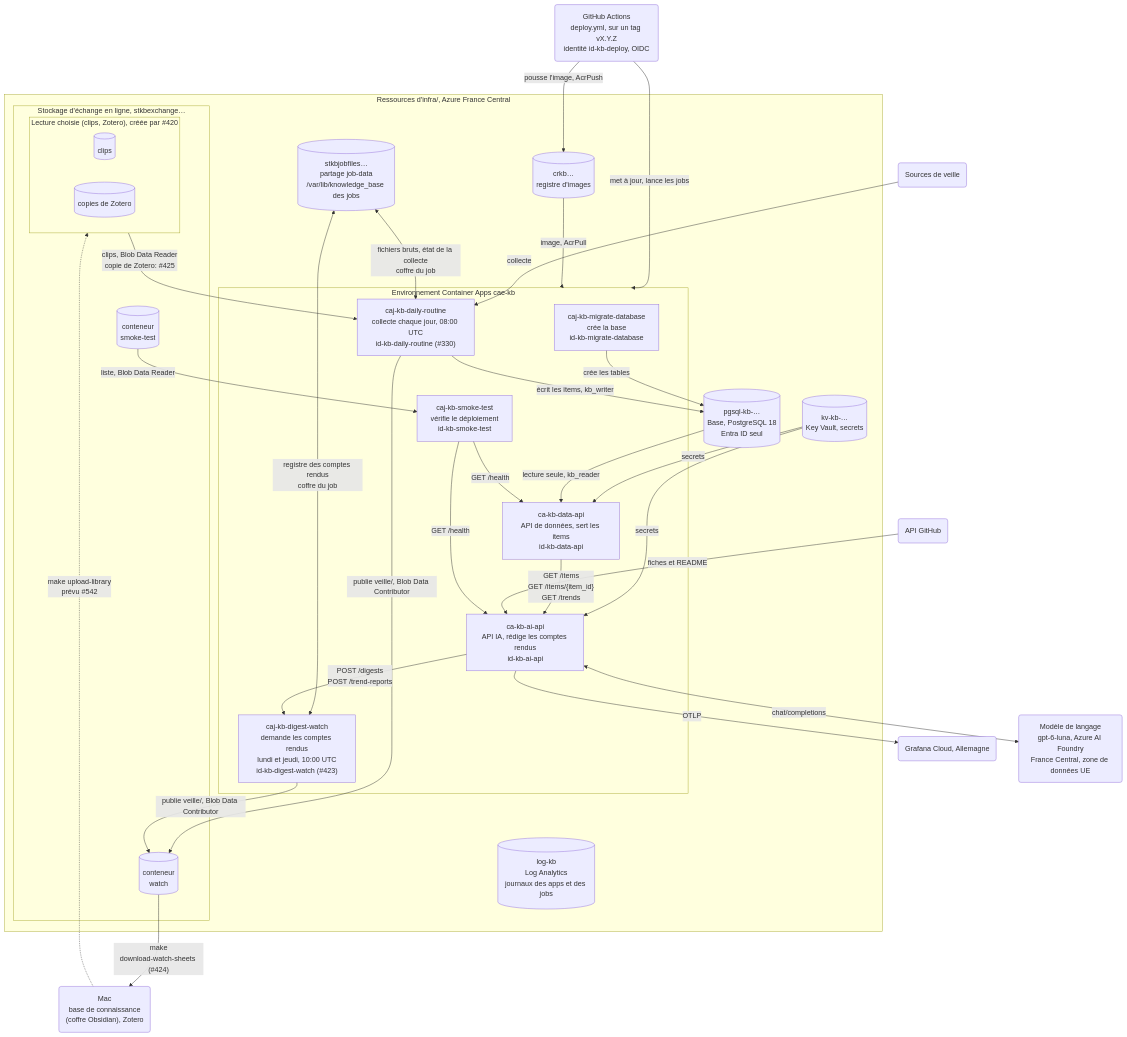
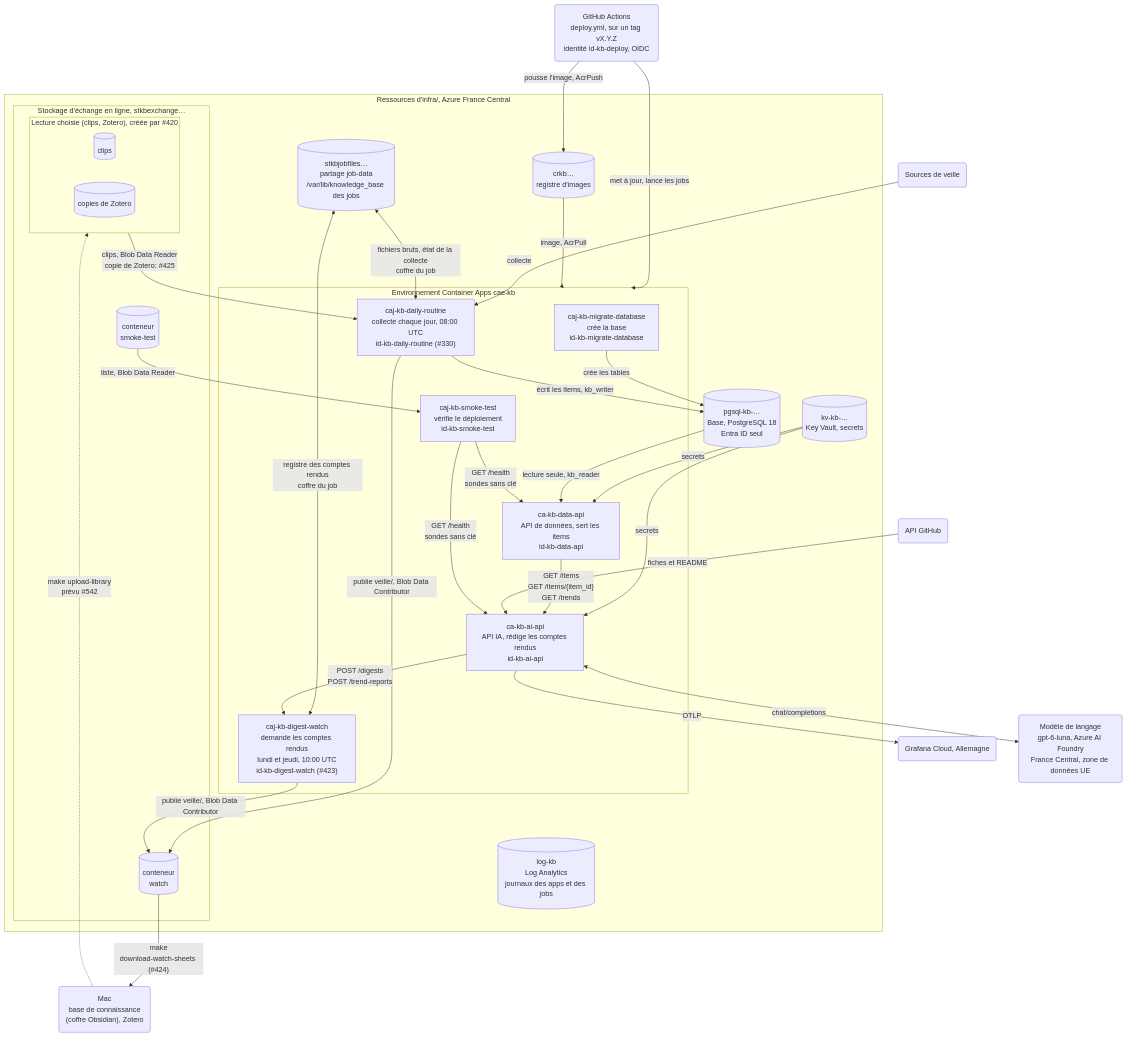
Before and after one commit to SabineLaurent/K-B: the fourth of 4 diagrams in documentation/architecture_pour_docu.md, drawn with Mermaid. The commit also changed 8 other files, not shown here.

Commit message:
fix(jobs): give the probes their own client with the waits of an API awake, so the smoke test stays within its replicaTimeout; name the probes in the diagram and the log lines of /health (review of issue 499)

````diff
--- a/documentation/architecture_pour_docu.md
+++ b/documentation/architecture_pour_docu.md
@@ -398,56 +398,56 @@
 ```mermaid
 flowchart TB
     actions("GitHub Actions<br>deploy.yml, sur un tag vX.Y.Z<br>identité id-kb-deploy, OIDC")
     mac("Mac<br>base de connaissance<br>(coffre Obsidian), Zotero")
     sources("Sources de veille")
     subgraph azure["Ressources d'infra/, Azure France Central"]
         registry[("crkb…<br>registre d'images")]
         keyVault[("kv-kb-…<br>Key Vault, secrets")]
         logs[("log-kb<br>Log Analytics<br>journaux des apps et des jobs")]
         subgraph cae["Environnement Container Apps cae-kb"]
             migrateJob["caj-kb-migrate-database<br>crée la base<br>id-kb-migrate-database"]
             smokeJob["caj-kb-smoke-test<br>vérifie le déploiement<br>id-kb-smoke-test"]
             dataApi["ca-kb-data-api<br>API de données, sert les items<br>id-kb-data-api"]
             aiApi["ca-kb-ai-api<br>API IA, rédige les comptes rendus<br>id-kb-ai-api"]
             dailyJob["caj-kb-daily-routine<br>collecte chaque jour, 08:00 UTC<br>id-kb-daily-routine (#330)"]
             digestJob["caj-kb-digest-watch<br>demande les comptes rendus<br>lundi et jeudi, 10:00 UTC<br>id-kb-digest-watch (#423)"]
         end
         base[("pgsql-kb-…<br>Base, PostgreSQL 18<br>Entra ID seul")]
         subgraph exchange["Stockage d'échange en ligne, stkbexchange…"]
             smokeContainer[("conteneur<br>smoke-test")]
             subgraph choice["Lecture choisie (clips, Zotero), créée par #420"]
                 clipContainer[("clips")]
                 zoteroContainer[("copies de Zotero")]
             end
             watchContainer[("conteneur<br>watch")]
         end
         jobFiles[("stkbjobfiles…<br>partage job-data<br>/var/lib/knowledge_base des jobs")]
     end
     grafana("Grafana Cloud, Allemagne")
     githubApi("API GitHub")
     model("Modèle de langage<br>gpt-6-luna, Azure AI Foundry<br>France Central, zone de données UE")
     actions -->|"pousse l'image, AcrPush"| registry
     actions -->|"met à jour, lance les jobs"| cae
     registry -->|"image, AcrPull"| cae
     keyVault -->|"secrets"| dataApi
     keyVault -->|"secrets"| aiApi
     migrateJob -->|"crée les tables"| base
     base -->|"lecture seule, kb_reader"| dataApi
     dataApi -->|"GET /items<br>GET /items/{item_id}<br>GET /trends"| aiApi
     aiApi -->|"OTLP"| grafana
     githubApi -->|"fiches et README"| aiApi
     aiApi <-->|"chat/completions"| model
     smokeContainer -->|"liste, Blob Data Reader"| smokeJob
-    smokeJob -->|"GET /health"| dataApi
-    smokeJob -->|"GET /health"| aiApi
+    smokeJob -->|"GET /health<br>sondes sans clé"| dataApi
+    smokeJob -->|"GET /health<br>sondes sans clé"| aiApi
     mac -.->|"make upload-library<br>prévu #542"| choice
     sources -->|"collecte"| dailyJob
     choice -->|"clips, Blob Data Reader<br>copie de Zotero: #425"| dailyJob
     dailyJob -->|"écrit les items, kb_writer"| base
     jobFiles <-->|"fichiers bruts, état de la collecte<br>coffre du job"| dailyJob
     jobFiles <-->|"registre des comptes rendus<br>coffre du job"| digestJob
     aiApi -->|"POST /digests<br>POST /trend-reports"| digestJob
     dailyJob -->|"publie veille/, Blob Data Contributor"| watchContainer
     digestJob -->|"publie veille/, Blob Data Contributor"| watchContainer
     watchContainer -->|"make<br>download-watch-sheets (#424)"| mac
 ```
````
